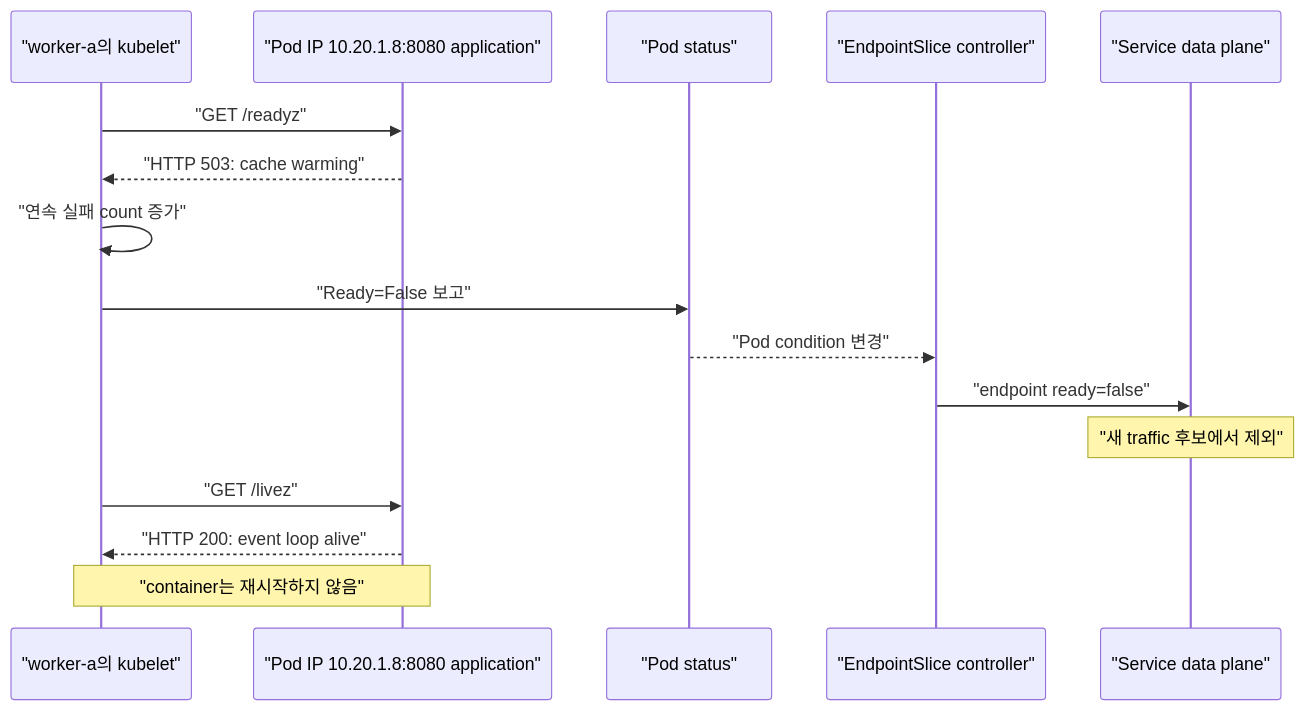
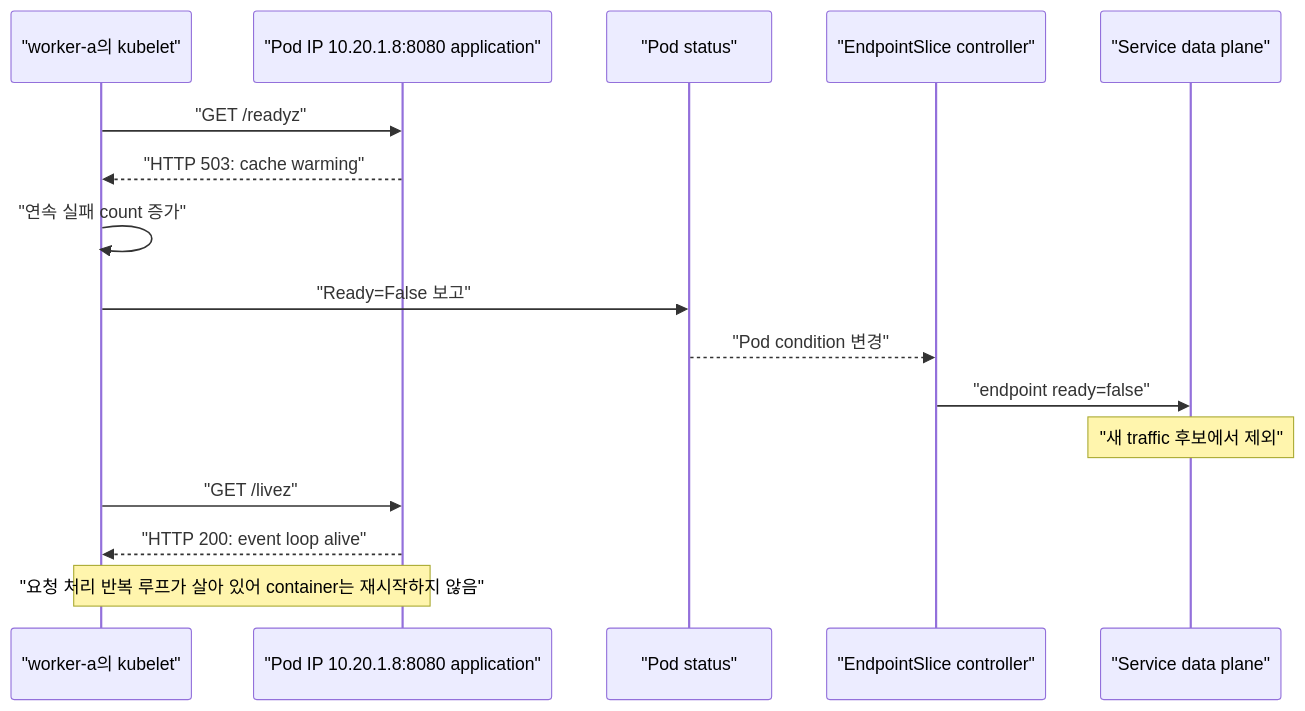
One commit to mj006648/netai-devsecops-runbook changed the second of 6 diagrams in learning/kubernetes/09-health-and-rollouts.md. Above: the diagram before and after it, drawn with Mermaid. The commit also changed other lines of this file and 24 other files, not shown here.

````diff
--- a/learning/kubernetes/09-health-and-rollouts.md
+++ b/learning/kubernetes/09-health-and-rollouts.md
@@ -35,18 +39,18 @@
 ```mermaid
 sequenceDiagram
     participant K as "worker-a의 kubelet"
     participant A as "Pod IP 10.20.1.8:8080 application"
     participant P as "Pod status"
     participant E as "EndpointSlice controller"
     participant S as "Service data plane"
     K->>A: "GET /readyz"
     A-->>K: "HTTP 503: cache warming"
     K->>K: "연속 실패 count 증가"
     K->>P: "Ready=False 보고"
     P-->>E: "Pod condition 변경"
     E->>S: "endpoint ready=false"
     Note over S: "새 traffic 후보에서 제외"
     K->>A: "GET /livez"
     A-->>K: "HTTP 200: event loop alive"
-    Note over K,A: "container는 재시작하지 않음"
+    Note over K,A: "요청 처리 반복 루프가 살아 있어 container는 재시작하지 않음"
 ```
````
